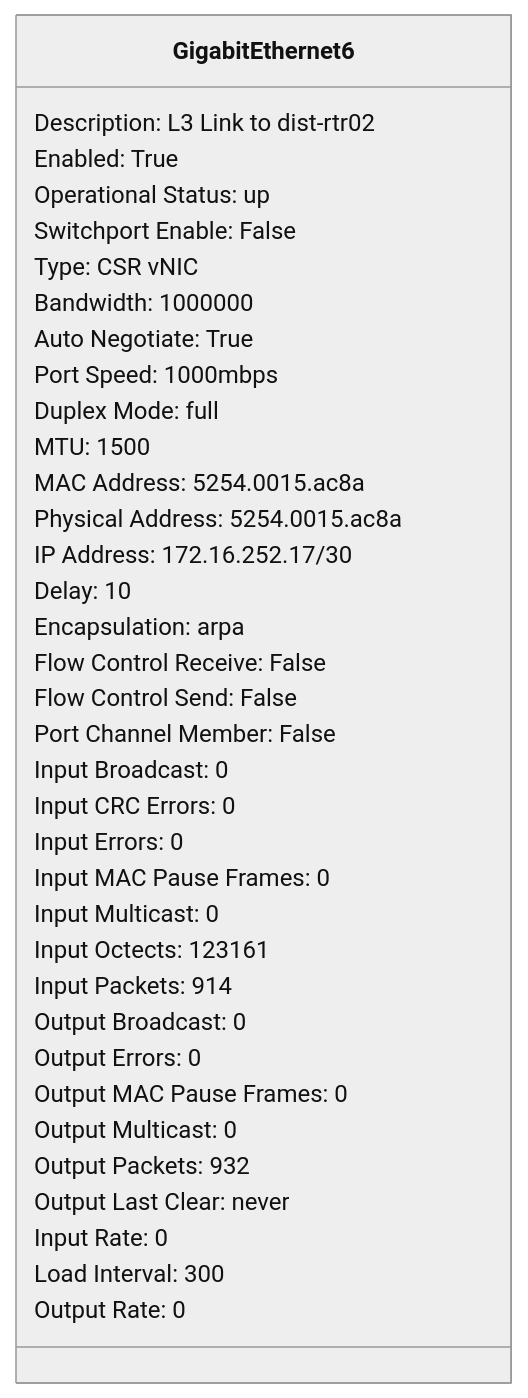
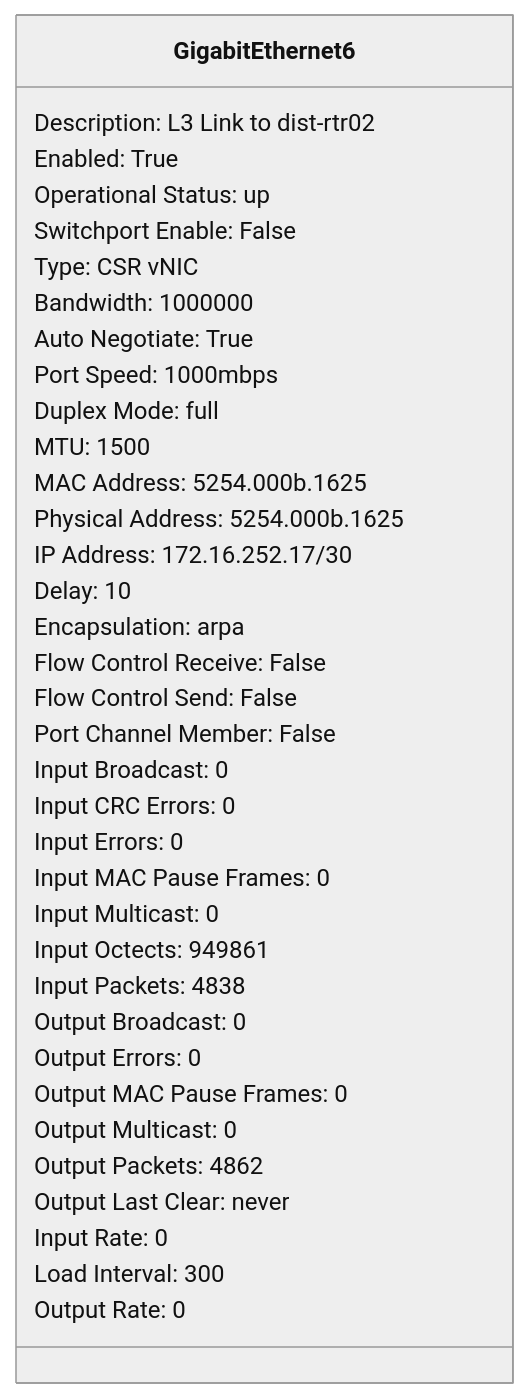
The sixth of 7 diagrams in Examples/IOS-XE/dist-rtr01 interface class.md (automateyournetwork/pyYAHTS), drawn with Mermaid (neutral theme) before and after one commit. The commit also changed other lines of this file and 34 other files, not shown here.

Commit message:
ios-xe class diagrams

````diff
--- a/Examples/IOS-XE/dist-rtr01 interface class.md
+++ b/Examples/IOS-XE/dist-rtr01 interface class.md
@@ -208,41 +208,41 @@
 ```mermaid
 classDiagram
 class GigabitEthernet6{
 Description: L3 Link to dist-rtr02
 Enabled: True
 Operational Status: up
 Switchport Enable: False
 Type: CSR vNIC
 Bandwidth: 1000000
 Auto Negotiate: True
 Port Speed: 1000mbps
 Duplex Mode: full
 MTU: 1500
-MAC Address: 5254.0015.ac8a
-Physical Address: 5254.0015.ac8a
+MAC Address: 5254.000b.1625
+Physical Address: 5254.000b.1625
 IP Address: 172.16.252.17/30
 Delay: 10
 Encapsulation: arpa
 Flow Control Receive: False
 Flow Control Send: False
 
 
 Port Channel Member: False
 Input Broadcast: 0
 Input CRC Errors: 0
 Input Errors: 0
 Input MAC Pause Frames: 0
 Input Multicast: 0
-Input Octects: 123161
-Input Packets: 914
+Input Octects: 949861
+Input Packets: 4838
 Output Broadcast: 0
 Output Errors: 0
 Output MAC Pause Frames: 0
 Output Multicast: 0
-Output Packets: 932
+Output Packets: 4862
 Output Last Clear: never
 Input Rate: 0
 Load Interval: 300
 Output Rate: 0
 }
 ```
````
